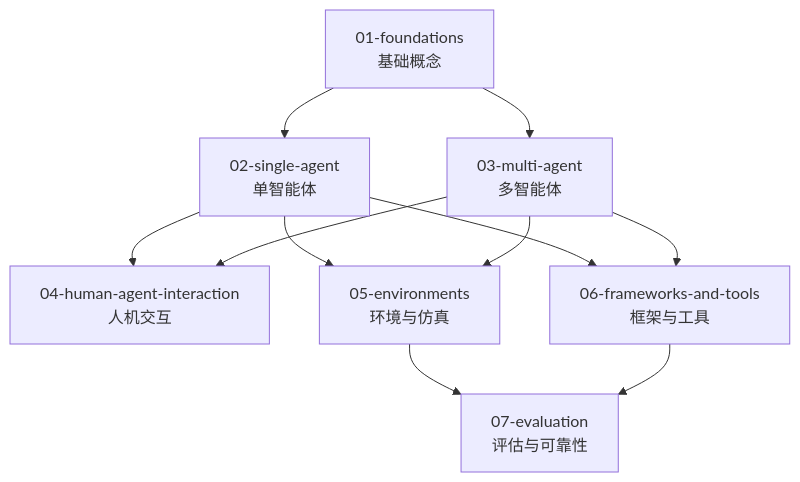
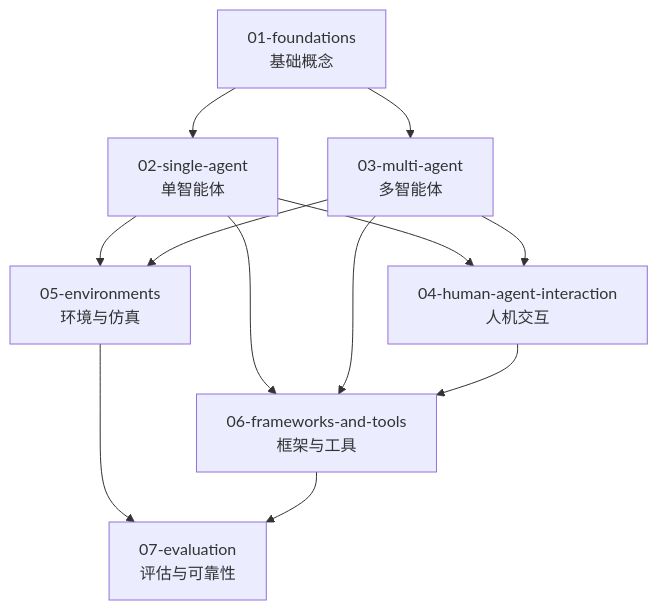
Before and after one commit to wenyuexin/ai-praxis: the diagram in agentic/README.md, drawn with Mermaid. The commit also changed other lines of this file and 70 other files, not shown here.

````diff
--- a/agentic/README.md
+++ b/agentic/README.md
@@ -98,13 +124,14 @@
 ```mermaid
 flowchart TD
     A[01-foundations<br/>基础概念] --> B[02-single-agent<br/>单智能体]
     A --> C[03-multi-agent<br/>多智能体]
     B --> D[04-human-agent-interaction<br/>人机交互]
     C --> D
     B --> E[05-environments<br/>环境与仿真]
     C --> E
     B --> F[06-frameworks-and-tools<br/>框架与工具]
     C --> F
+    D --> F
     E --> G[07-evaluation<br/>评估与可靠性]
     F --> G
 ```
````
